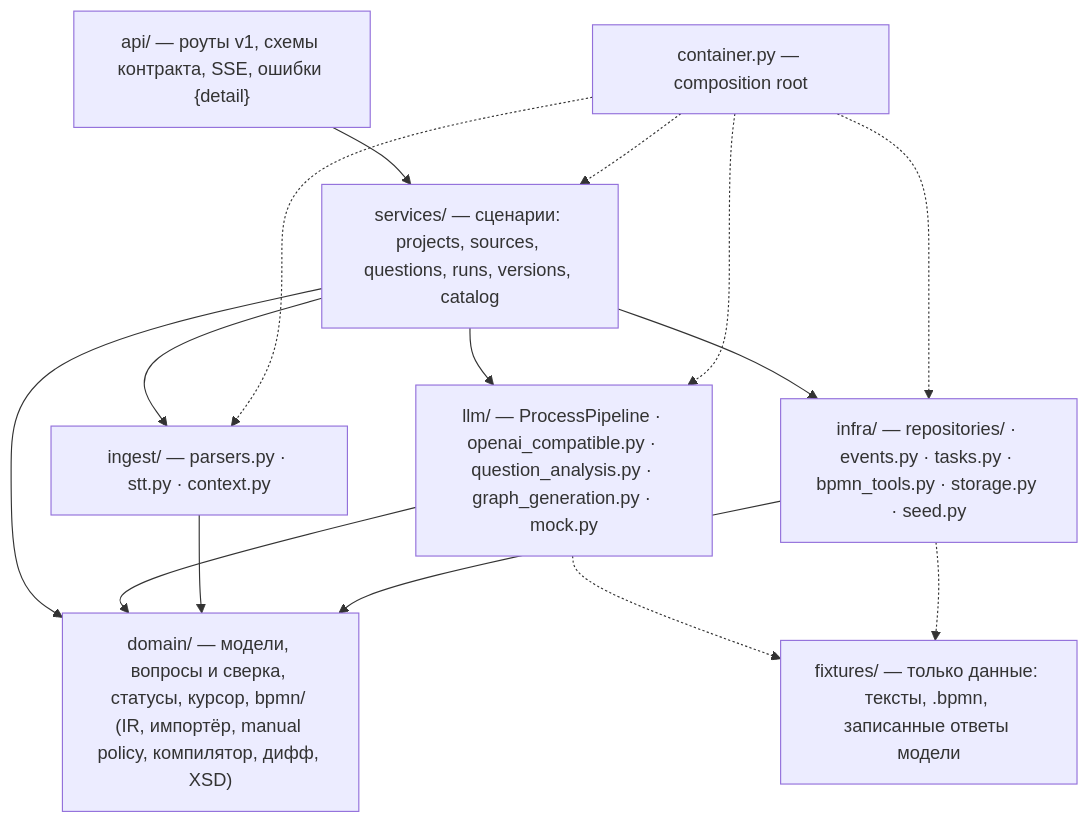
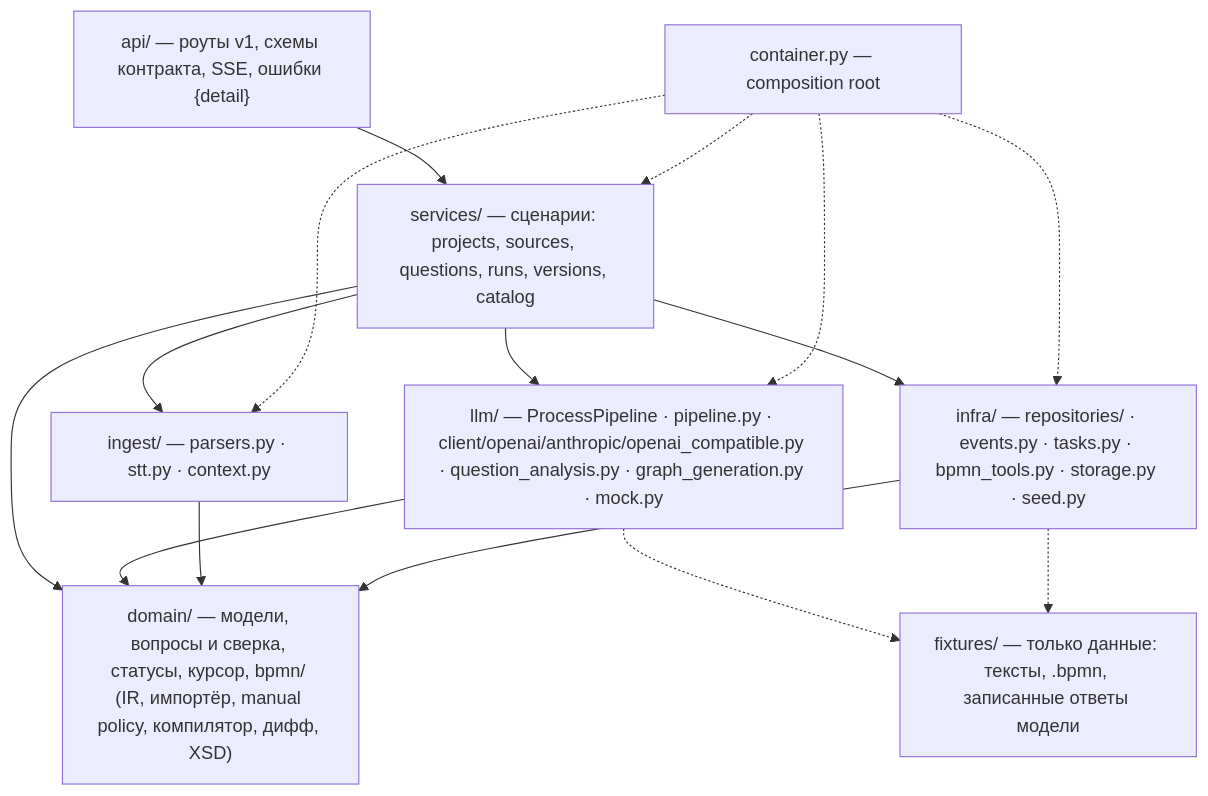
The diagram in docs/backend/mock.md (MattoYuzuru/BPMN.Space), drawn with Mermaid before and after one commit. The commit also changed 14 other files, not shown here.

````diff
--- a/docs/backend/mock.md
+++ b/docs/backend/mock.md
@@ -16,13 +16,13 @@
 ```mermaid
 flowchart TB
     api["api/ — роуты v1, схемы контракта, SSE, ошибки {detail}"] --> services
     services["services/ — сценарии: projects, sources, questions, runs, versions, catalog"] --> llm & ingest & infra & domain
-    llm["llm/ — ProcessPipeline · openai_compatible.py · question_analysis.py · graph_generation.py · mock.py"] --> domain
+    llm["llm/ — ProcessPipeline · pipeline.py · client/openai/anthropic/openai_compatible.py · question_analysis.py · graph_generation.py · mock.py"] --> domain
     ingest["ingest/ — parsers.py · stt.py · context.py"] --> domain
     infra["infra/ — repositories/ · events.py · tasks.py · bpmn_tools.py · storage.py · seed.py"] --> domain
     domain["domain/ — модели, вопросы и сверка, статусы, курсор, bpmn/ (IR, импортёр, manual policy, компилятор, дифф, XSD)"]
     fixtures["fixtures/ — только данные: тексты, .bpmn, записанные ответы модели"]
     container["container.py — composition root"] -.-> services & infra & llm & ingest
     llm -.-> fixtures
     infra -.-> fixtures
 ```
````
